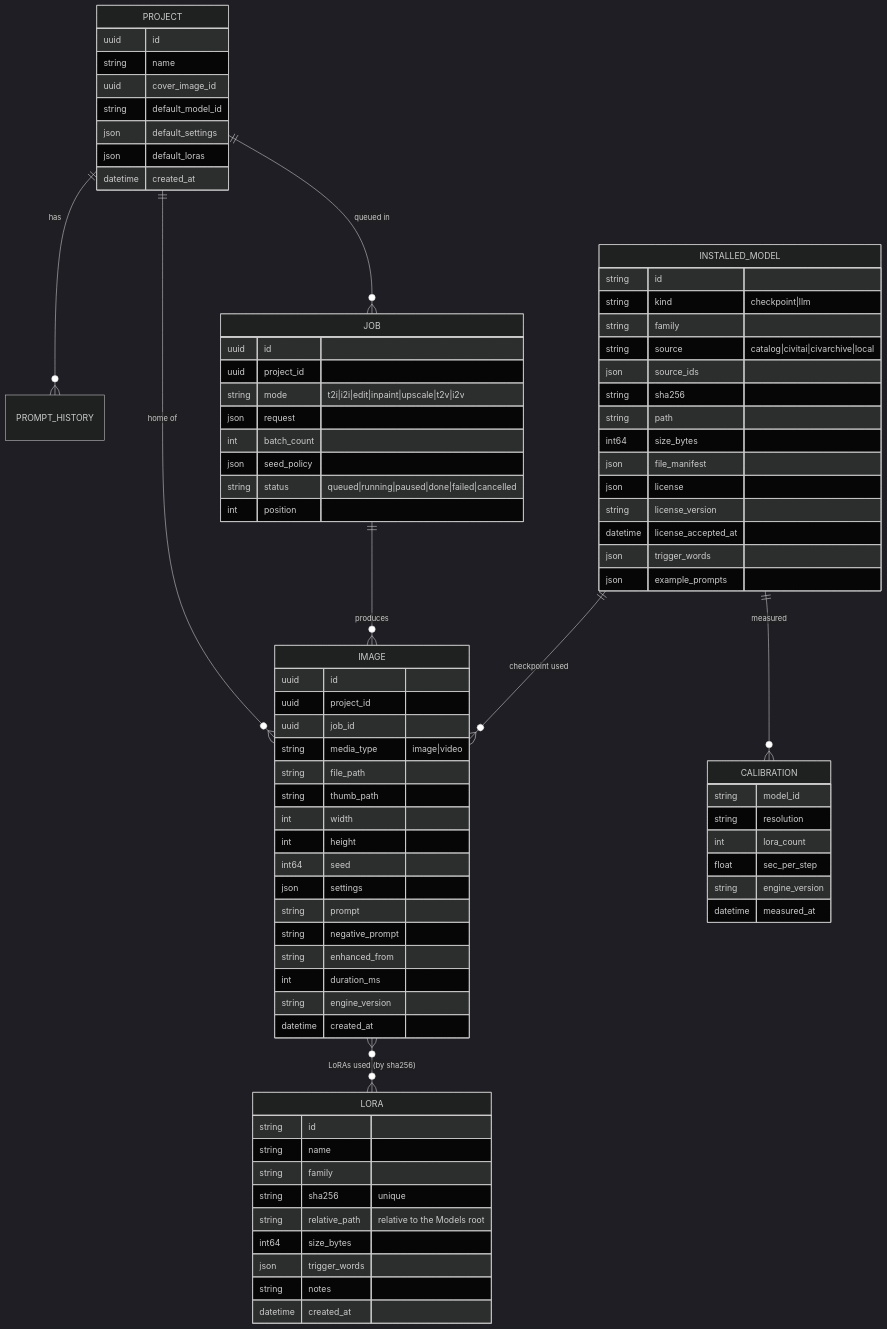
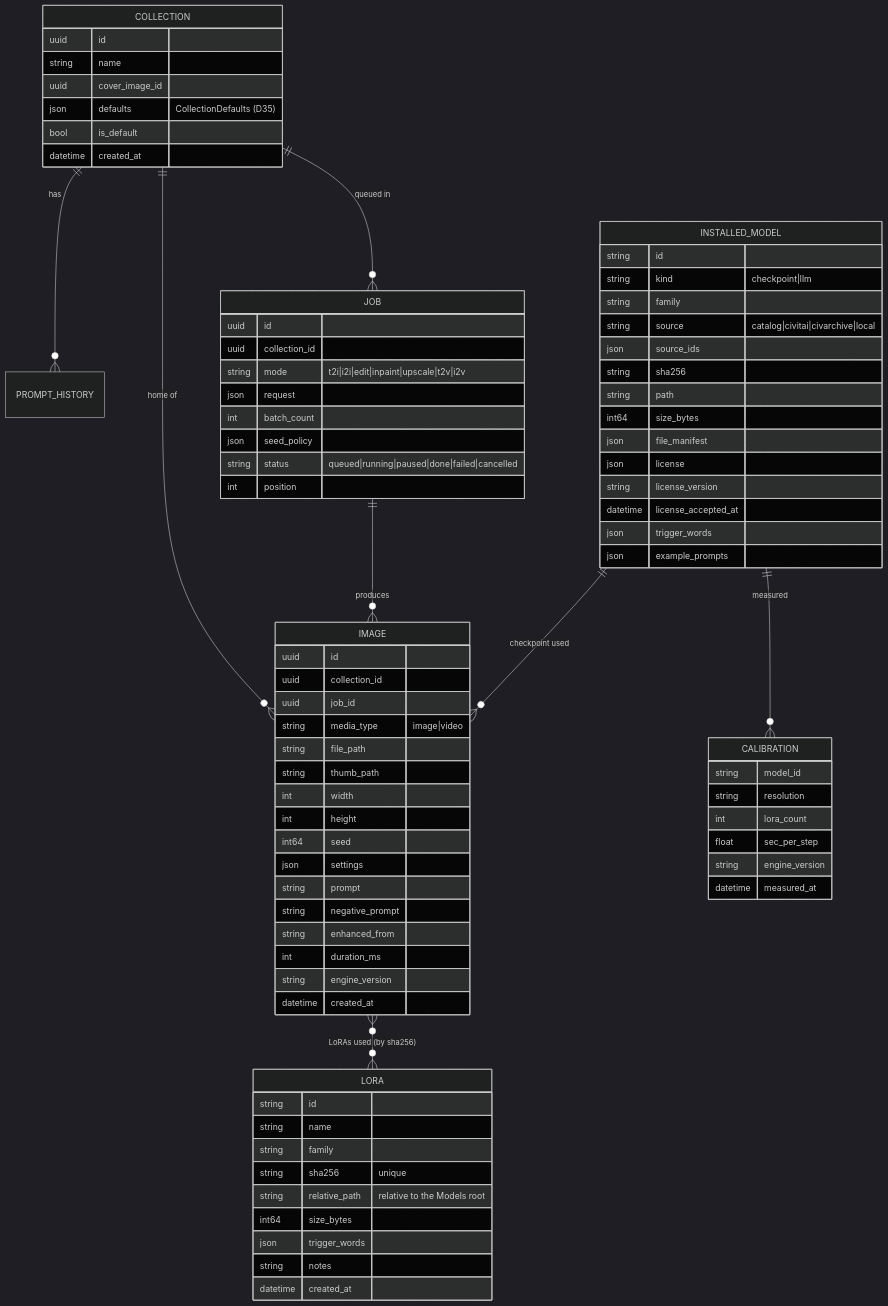
Before and after one commit to fearless-holdings/mlx-create: the fifth of 5 diagrams in docs/HLD.md, drawn with Mermaid (dark theme). The commit also changed other lines of this file and 30 other files, not shown here.

````diff
--- a/docs/HLD.md
+++ b/docs/HLD.md
@@ -480,25 +481,24 @@
 ```mermaid
 erDiagram
-  PROJECT ||--o{ IMAGE : "home of"
-  PROJECT ||--o{ PROMPT_HISTORY : has
-  PROJECT ||--o{ JOB : "queued in"
+  COLLECTION ||--o{ IMAGE : "home of"
+  COLLECTION ||--o{ PROMPT_HISTORY : has
+  COLLECTION ||--o{ JOB : "queued in"
   JOB ||--o{ IMAGE : produces
   INSTALLED_MODEL ||--o{ IMAGE : "checkpoint used"
   IMAGE }o--o{ LORA : "LoRAs used (by sha256)"
   INSTALLED_MODEL ||--o{ CALIBRATION : measured
 
-  PROJECT {
+  COLLECTION {
     uuid id
     string name
     uuid cover_image_id
-    string default_model_id
-    json default_settings
-    json default_loras
+    json defaults "CollectionDefaults (D35)"
+    bool is_default
     datetime created_at
   }
   JOB {
     uuid id
-    uuid project_id
+    uuid collection_id
     string mode "t2i|i2i|edit|inpaint|upscale|t2v|i2v"
     json request
     int batch_count
@@ -508,7 +508,7 @@
   }
   IMAGE {
     uuid id
-    uuid project_id
+    uuid collection_id
     uuid job_id
     string media_type "image|video"
     string file_path
````
